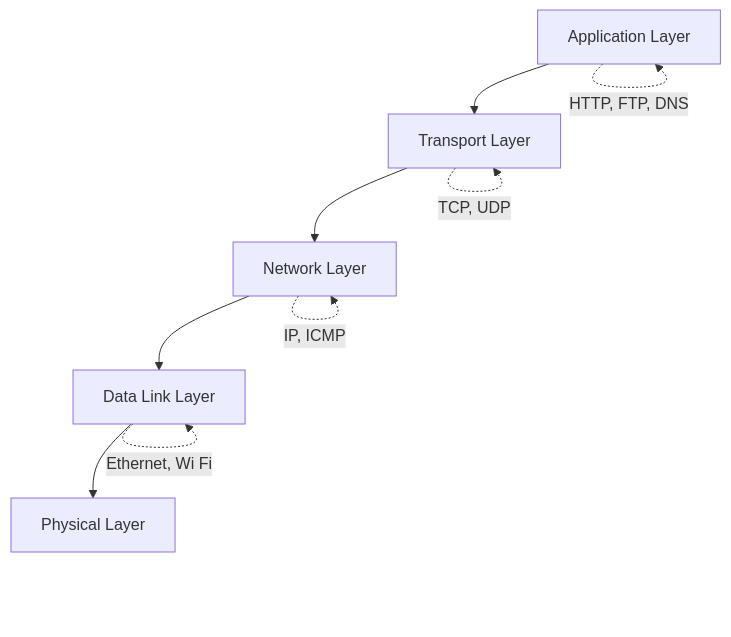
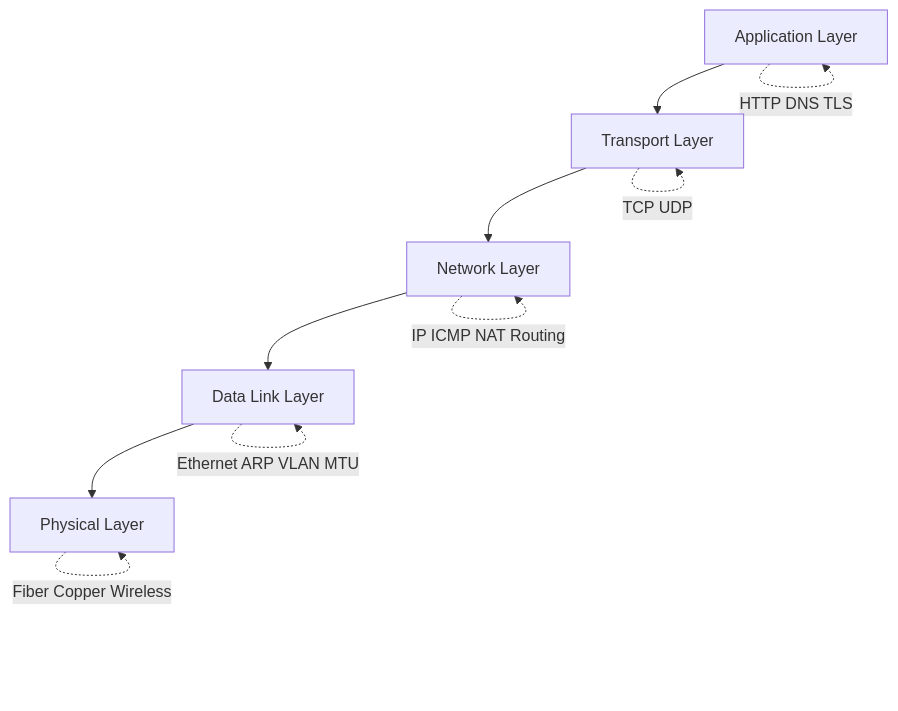
Before and after one commit to YiWang24/AiDIY: the first of 2 diagrams in docs/cs/network-os/index.mdx, drawn with Mermaid. The commit also changed other lines of this file and 18 other files, not shown here.

````diff
--- a/docs/cs/network-os/index.mdx
+++ b/docs/cs/network-os/index.mdx
@@ -20,12 +23,13 @@
 ```mermaid
 flowchart TB
     A[Application Layer] --> B[Transport Layer]
     B --> C[Network Layer]
     C --> D[Data Link Layer]
     D --> E[Physical Layer]
-    
-    A -.->|HTTP, FTP, DNS| A
-    B -.->|TCP, UDP| B
-    C -.->|IP, ICMP| C
-    D -.->|Ethernet, Wi Fi| D
+
+    A -.->|HTTP DNS TLS| A
+    B -.->|TCP UDP| B
+    C -.->|IP ICMP NAT Routing| C
+    D -.->|Ethernet ARP VLAN MTU| D
+    E -.->|Fiber Copper Wireless| E
 ```
````
